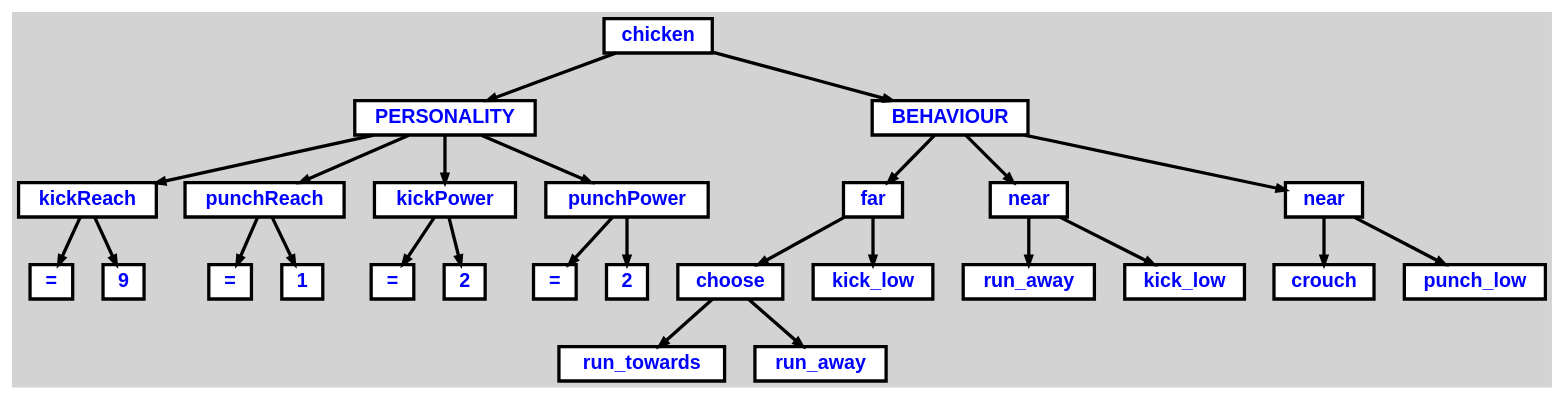
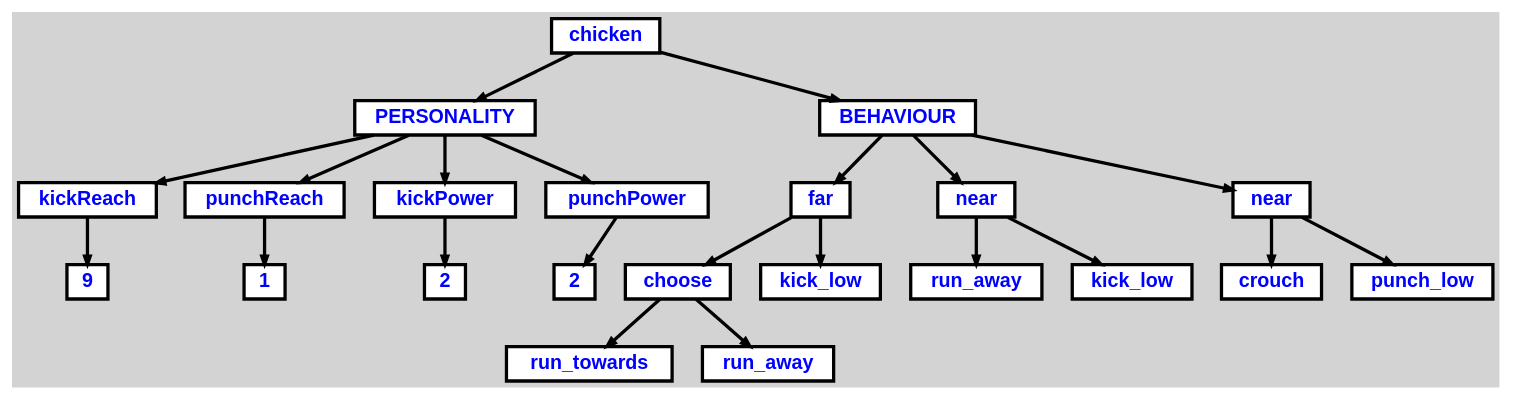
One commit to tvdstorm/sea-of-saf changed the diagram in mrjorrit/output/AST.dot. Above: the diagram before and after it, drawn with Graphviz. The commit also changed 3 other files, not shown here.

```diff
--- a/mrjorrit/output/AST.dot
+++ b/mrjorrit/output/AST.dot
@@ -1,72 +1,64 @@
 digraph {
 
 	ordering=out;
 	ranksep=.4;
 	bgcolor="lightgrey"; node [shape=box, fixedsize=false, fontsize=12, fontname="Helvetica-bold", fontcolor="blue"
 		width=.25, height=.25, color="black", fillcolor="white", style="filled, solid, bold"];
 	edge [arrowsize=.5, color="black", style="bold"]
 
   n0 [label="chicken"];
   n1 [label="PERSONALITY"];
   n1 [label="PERSONALITY"];
   n2 [label="kickReach"];
   n2 [label="kickReach"];
-  n3 [label="="];
-  n4 [label="9"];
-  n5 [label="punchReach"];
-  n5 [label="punchReach"];
-  n6 [label="="];
-  n7 [label="1"];
-  n8 [label="kickPower"];
-  n8 [label="kickPower"];
-  n9 [label="="];
-  n10 [label="2"];
-  n11 [label="punchPower"];
-  n11 [label="punchPower"];
-  n12 [label="="];
-  n13 [label="2"];
-  n14 [label="BEHAVIOUR"];
-  n14 [label="BEHAVIOUR"];
-  n15 [label="far"];
-  n15 [label="far"];
-  n16 [label="choose"];
-  n16 [label="choose"];
-  n17 [label="run_towards"];
-  n18 [label="run_away"];
-  n19 [label="kick_low"];
-  n20 [label="near"];
-  n20 [label="near"];
-  n21 [label="run_away"];
-  n22 [label="kick_low"];
-  n23 [label="near"];
-  n23 [label="near"];
-  n24 [label="crouch"];
-  n25 [label="punch_low"];
+  n3 [label="9"];
+  n4 [label="punchReach"];
+  n4 [label="punchReach"];
+  n5 [label="1"];
+  n6 [label="kickPower"];
+  n6 [label="kickPower"];
+  n7 [label="2"];
+  n8 [label="punchPower"];
+  n8 [label="punchPower"];
+  n9 [label="2"];
+  n10 [label="BEHAVIOUR"];
+  n10 [label="BEHAVIOUR"];
+  n11 [label="far"];
+  n11 [label="far"];
+  n12 [label="choose"];
+  n12 [label="choose"];
+  n13 [label="run_towards"];
+  n14 [label="run_away"];
+  n15 [label="kick_low"];
+  n16 [label="near"];
+  n16 [label="near"];
+  n17 [label="run_away"];
+  n18 [label="kick_low"];
+  n19 [label="near"];
+  n19 [label="near"];
+  n20 [label="crouch"];
+  n21 [label="punch_low"];
 
   n0 -> n1 // "chicken" -> "PERSONALITY"
   n1 -> n2 // "PERSONALITY" -> "kickReach"
-  n2 -> n3 // "kickReach" -> "="
-  n2 -> n4 // "kickReach" -> "9"
-  n1 -> n5 // "PERSONALITY" -> "punchReach"
-  n5 -> n6 // "punchReach" -> "="
-  n5 -> n7 // "punchReach" -> "1"
-  n1 -> n8 // "PERSONALITY" -> "kickPower"
-  n8 -> n9 // "kickPower" -> "="
-  n8 -> n10 // "kickPower" -> "2"
-  n1 -> n11 // "PERSONALITY" -> "punchPower"
-  n11 -> n12 // "punchPower" -> "="
-  n11 -> n13 // "punchPower" -> "2"
-  n0 -> n14 // "chicken" -> "BEHAVIOUR"
-  n14 -> n15 // "BEHAVIOUR" -> "far"
-  n15 -> n16 // "far" -> "choose"
-  n16 -> n17 // "choose" -> "run_towards"
-  n16 -> n18 // "choose" -> "run_away"
-  n15 -> n19 // "far" -> "kick_low"
-  n14 -> n20 // "BEHAVIOUR" -> "near"
-  n20 -> n21 // "near" -> "run_away"
-  n20 -> n22 // "near" -> "kick_low"
-  n14 -> n23 // "BEHAVIOUR" -> "near"
-  n23 -> n24 // "near" -> "crouch"
-  n23 -> n25 // "near" -> "punch_low"
+  n2 -> n3 // "kickReach" -> "9"
+  n1 -> n4 // "PERSONALITY" -> "punchReach"
+  n4 -> n5 // "punchReach" -> "1"
+  n1 -> n6 // "PERSONALITY" -> "kickPower"
+  n6 -> n7 // "kickPower" -> "2"
+  n1 -> n8 // "PERSONALITY" -> "punchPower"
+  n8 -> n9 // "punchPower" -> "2"
+  n0 -> n10 // "chicken" -> "BEHAVIOUR"
+  n10 -> n11 // "BEHAVIOUR" -> "far"
+  n11 -> n12 // "far" -> "choose"
+  n12 -> n13 // "choose" -> "run_towards"
+  n12 -> n14 // "choose" -> "run_away"
+  n11 -> n15 // "far" -> "kick_low"
+  n10 -> n16 // "BEHAVIOUR" -> "near"
+  n16 -> n17 // "near" -> "run_away"
+  n16 -> n18 // "near" -> "kick_low"
+  n10 -> n19 // "BEHAVIOUR" -> "near"
+  n19 -> n20 // "near" -> "crouch"
+  n19 -> n21 // "near" -> "punch_low"
 
 }
```
